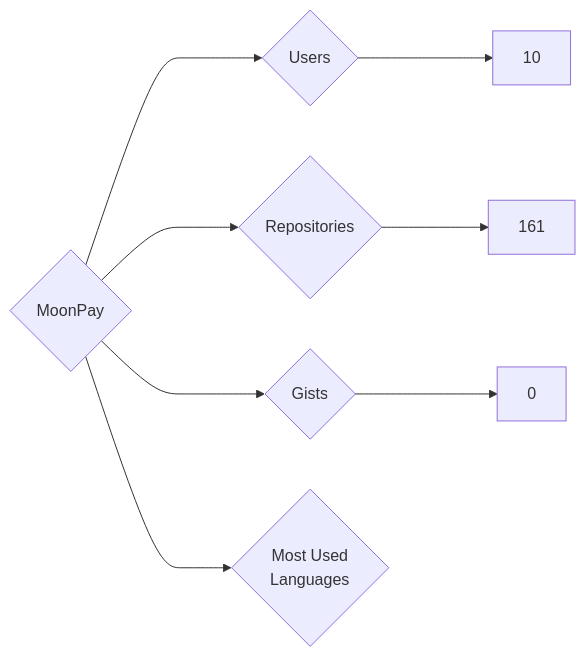
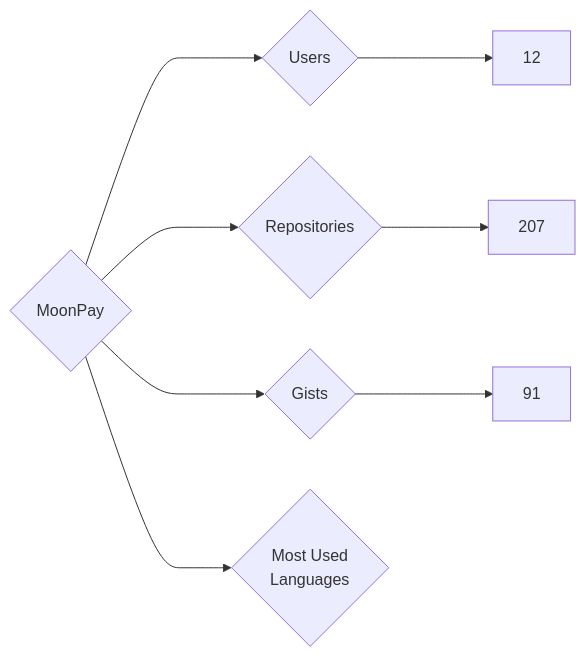
One commit to nenadzaric/insiders changed the diagram in targets/MoonPay/README.md. Above: the diagram before and after it, drawn with Mermaid. The commit also changed 1342 other files, not shown here.

````diff
--- a/targets/MoonPay/README.md
+++ b/targets/MoonPay/README.md
@@ -3,8 +3,8 @@
 ```mermaid
 graph LR
 COMPANY_NAME{MoonPay}
-COMPANY_NAME ---> U{Users} ---> UN[10]
-COMPANY_NAME ---> R{Repositories} ---> RN[161]
-COMPANY_NAME ---> G{Gists} ---> GN[0]
+COMPANY_NAME ---> U{Users} ---> UN[12]
+COMPANY_NAME ---> R{Repositories} ---> RN[207]
+COMPANY_NAME ---> G{Gists} ---> GN[91]
 COMPANY_NAME ---> ML{Most Used<br>Languages}
 ```
````
